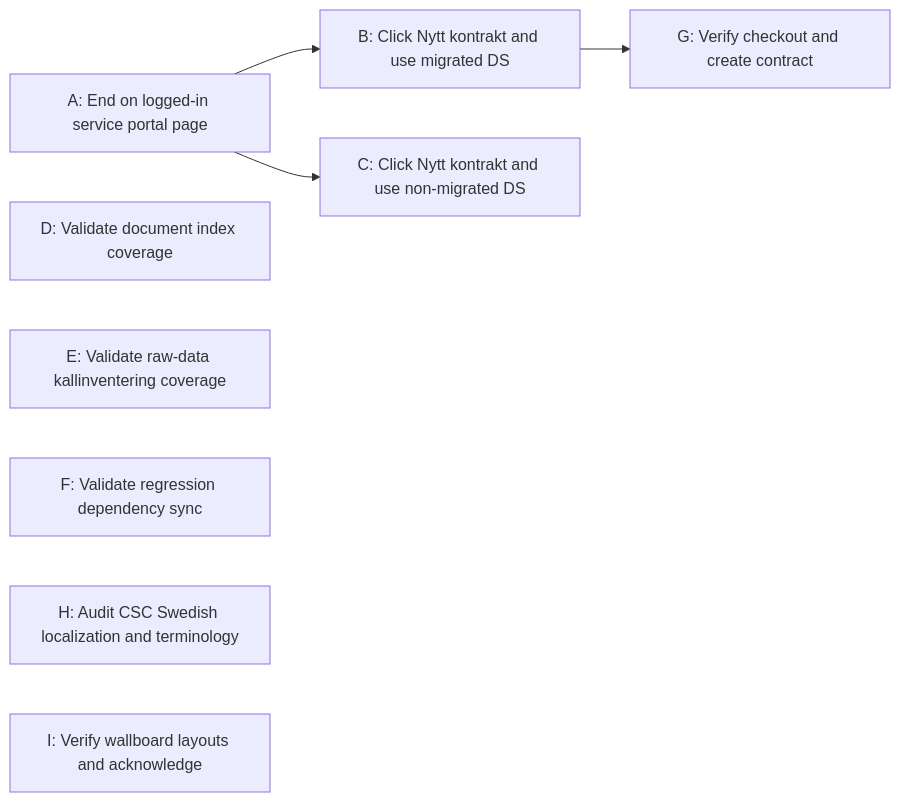
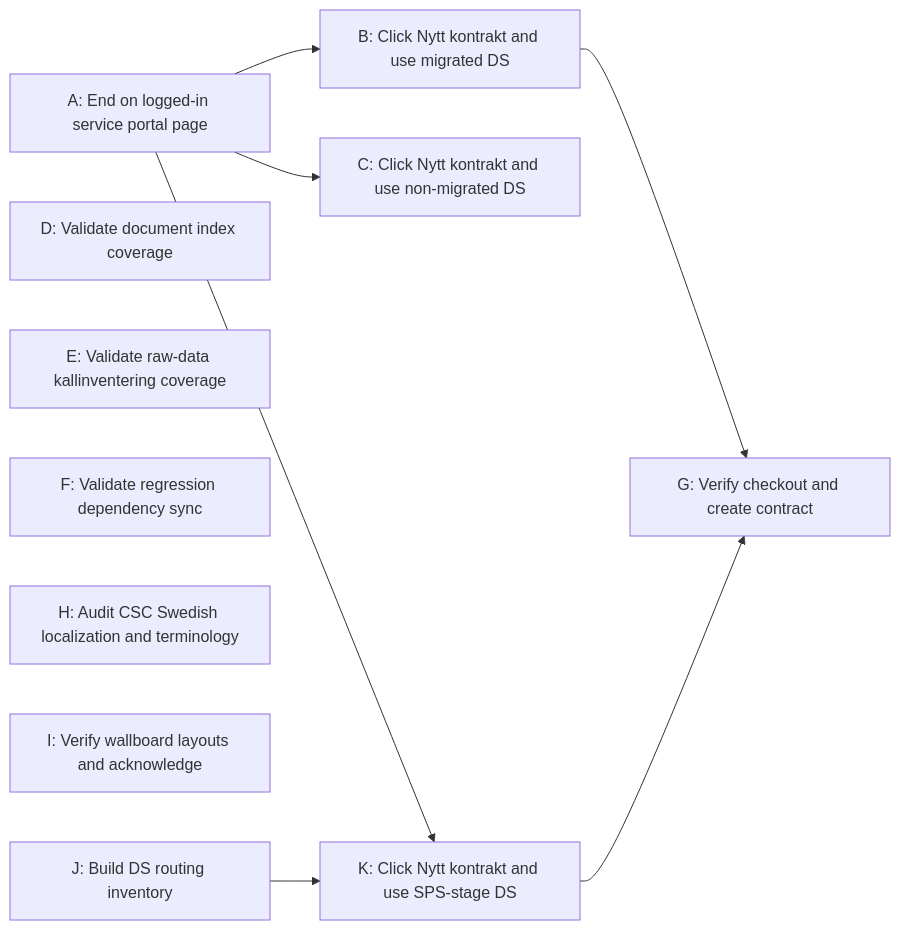
One commit to danielolvedal/sps_regression_testing changed the diagram in testing/regression_test/regression-test-dependencies.mmd. Above: the diagram before and after it, drawn with Mermaid. The commit also changed 15 other files, not shown here.

```diff
--- a/testing/regression_test/regression-test-dependencies.mmd
+++ b/testing/regression_test/regression-test-dependencies.mmd
@@ -1,13 +1,18 @@
 flowchart LR
     A["A: End on logged-in service portal page"]
     B["B: Click Nytt kontrakt and use migrated DS"]
     C["C: Click Nytt kontrakt and use non-migrated DS"]
     D["D: Validate document index coverage"]
     E["E: Validate raw-data kallinventering coverage"]
     F["F: Validate regression dependency sync"]
     G["G: Verify checkout and create contract"]
     H["H: Audit CSC Swedish localization and terminology"]
     I["I: Verify wallboard layouts and acknowledge"]
+    J["J: Build DS routing inventory"]
+    K["K: Click Nytt kontrakt and use SPS-stage DS"]
     A --> B
     A --> C
+    A --> K
     B --> G
+    J --> K
+    K --> G
```
